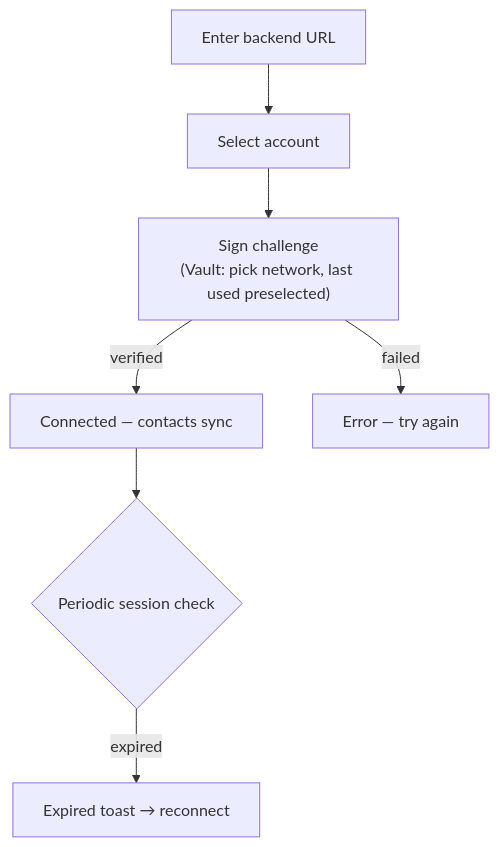
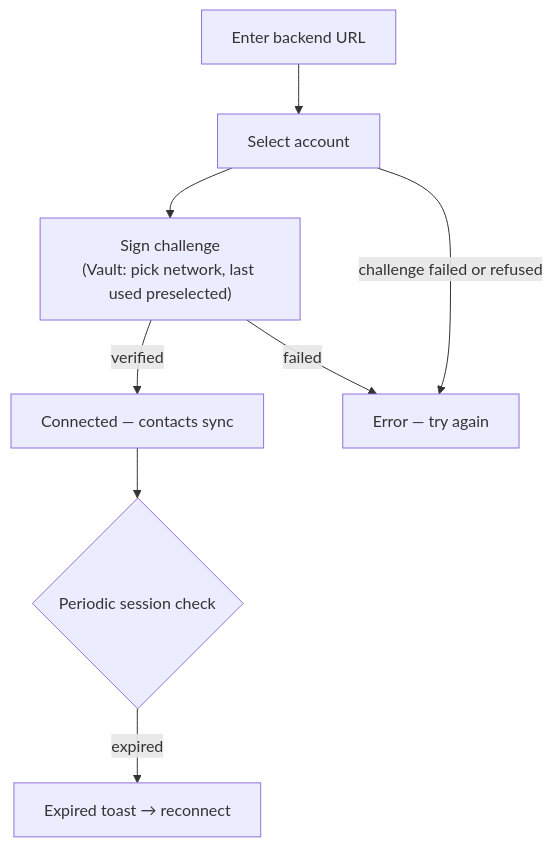
Before and after one commit to novasamatech/nova-spektr: the diagram in src/renderer/aggregates/backend/README.md, drawn with Mermaid. The commit also changed other lines of this file and 17 other files, not shown here.

````diff
--- a/src/renderer/aggregates/backend/README.md
+++ b/src/renderer/aggregates/backend/README.md
@@ -69,9 +81,10 @@
 ```mermaid
 flowchart TD
     URL["Enter backend URL"] --> ACC["Select account"]
     ACC --> SIGN["Sign challenge<br/>(Vault: pick network, last used preselected)"]
     SIGN -- "verified" --> DONE["Connected — contacts sync"]
-    SIGN -- "failed" --> ERR["Error — try again"]
+    ACC -- "challenge failed or refused" --> ERR["Error — try again"]
+    SIGN -- "failed" --> ERR
     DONE --> HC{"Periodic session check"}
     HC -- "expired" --> TOAST["Expired toast → reconnect"]
 ```
````
